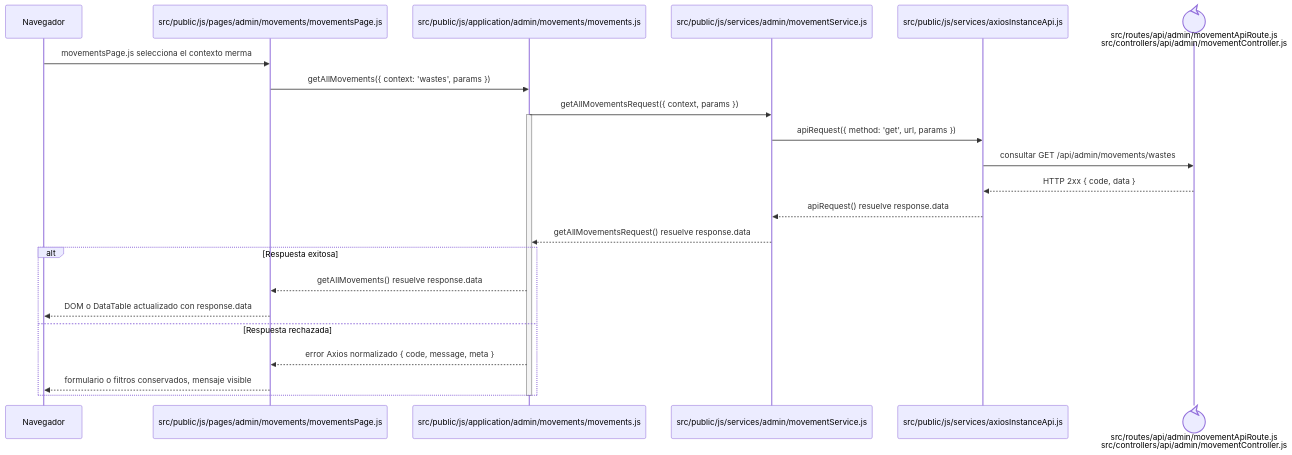
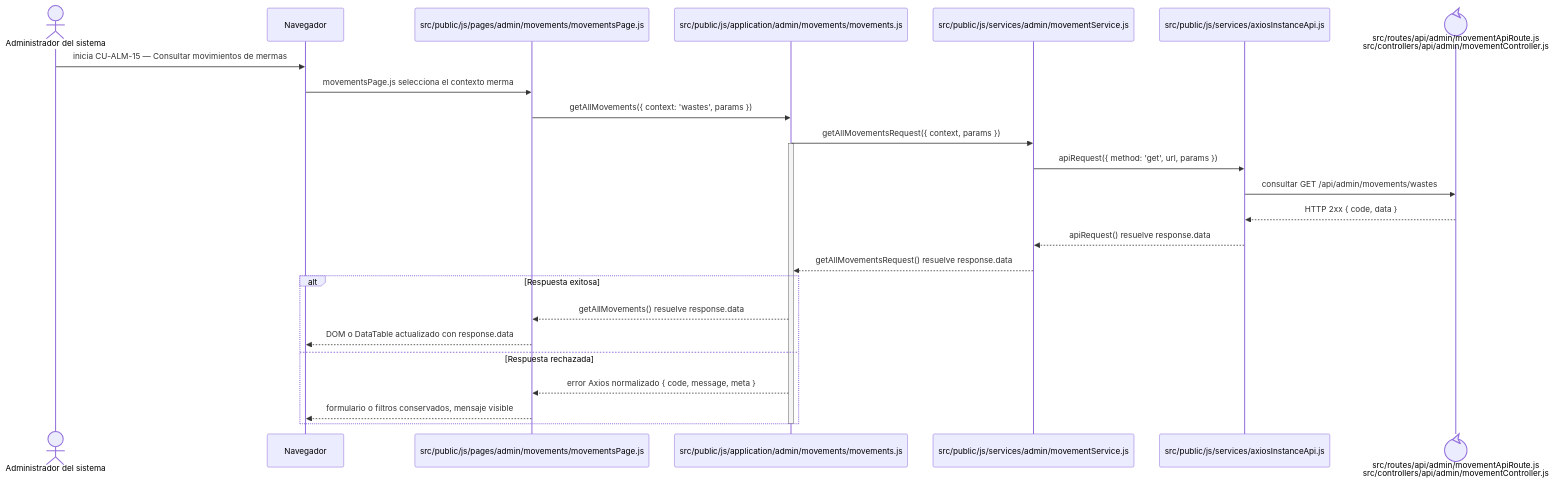
Before and after one commit to gpgsistemas01/nexus: the diagram in docs/architecture/frontend-code-sequences/catalogs/cu-alm-15.md, drawn with Mermaid. The commit also changed 105 other files, not shown here.

````diff
--- a/docs/architecture/frontend-code-sequences/catalogs/cu-alm-15.md
+++ b/docs/architecture/frontend-code-sequences/catalogs/cu-alm-15.md
@@ -6,27 +6,29 @@
 ```mermaid
 sequenceDiagram
+    actor Initiator as Administrador del sistema
     participant Browser as Navegador
     participant View as src/public/js/pages/admin/movements/movementsPage.js
     participant Application as src/public/js/application/admin/movements/movements.js
     participant Request as src/public/js/services/admin/movementService.js
     participant HTTP as src/public/js/services/axiosInstanceApi.js
     participant Transport@{ "type": "control" } as src/routes/api/admin/movementApiRoute.js<br/>src/controllers/api/admin/movementController.js
 
+    Initiator->>Browser: inicia CU-ALM-15 — Consultar movimientos de mermas
     Browser->>View: movementsPage.js selecciona el contexto merma
     View->>Application: getAllMovements({ context: 'wastes', params })
     Application->>Request: getAllMovementsRequest({ context, params })
     activate Application
     Request->>HTTP: apiRequest({ method: 'get', url, params })
     HTTP->>Transport: consultar GET /api/admin/movements/wastes
     Transport-->>HTTP: HTTP 2xx { code, data }
     HTTP-->>Request: apiRequest() resuelve response.data
     Request-->>Application: getAllMovementsRequest() resuelve response.data
     alt Respuesta exitosa
         Application-->>View: getAllMovements() resuelve response.data
         View-->>Browser: DOM o DataTable actualizado con response.data
     else Respuesta rechazada
         Application-->>View: error Axios normalizado { code, message, meta }
         View-->>Browser: formulario o filtros conservados, mensaje visible
     end
     deactivate Application
 ```
````
